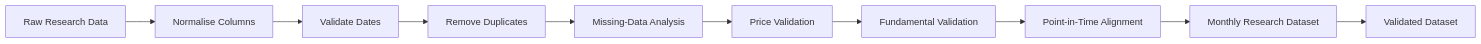
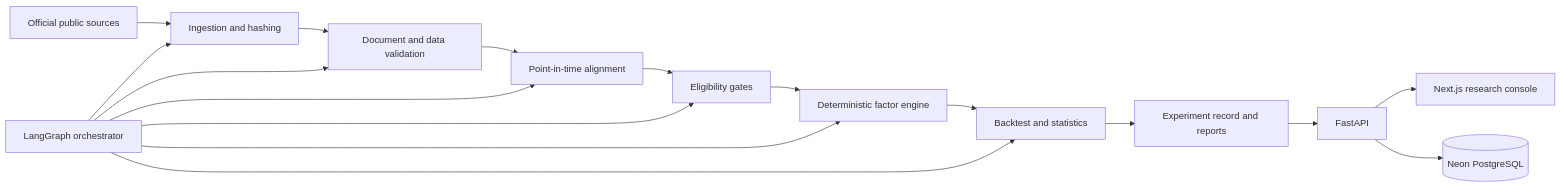
One commit to thetruesammyjay/factorgraph-ngx changed the diagram in README.md. Above: the diagram before and after it, drawn with Mermaid. The commit also changed other lines of this file and 31 other files, not shown here.

````diff
--- a/README.md
+++ b/README.md
@@ -504,33 +103,21 @@
 ```mermaid
 flowchart LR
+    S[Official public sources] --> I[Ingestion and hashing]
+    I --> V[Document and data validation]
+    V --> P[Point-in-time alignment]
+    P --> G[Eligibility gates]
+    G --> F[Deterministic factor engine]
+    F --> B[Backtest and statistics]
+    B --> R[Experiment record and reports]
 
-    RAW[Raw Research Data]
+    L[LangGraph orchestrator] --> I
+    L --> V
+    L --> P
+    L --> G
+    L --> F
+    L --> B
 
-    NORMALISE[Normalise Columns]
-
-    DATE_CHECK[Validate Dates]
-
-    DEDUPE[Remove Duplicates]
-
-    MISSING[Missing-Data Analysis]
-
-    PRICE_CHECK[Price Validation]
-
-    FUND_CHECK[Fundamental Validation]
-
-    PIT[Point-in-Time Alignment]
-
-    RESAMPLE[Monthly Research Dataset]
-
-    FINAL[Validated Dataset]
-
-    RAW --> NORMALISE
-    NORMALISE --> DATE_CHECK
-    DATE_CHECK --> DEDUPE
-    DEDUPE --> MISSING
-    MISSING --> PRICE_CHECK
-    PRICE_CHECK --> FUND_CHECK
-    FUND_CHECK --> PIT
-    PIT --> RESAMPLE
-    RESAMPLE --> FINAL
+    R --> API[FastAPI]
+    API --> WEB[Next.js research console]
+    API --> DB[(Neon PostgreSQL)]
 ```
````
